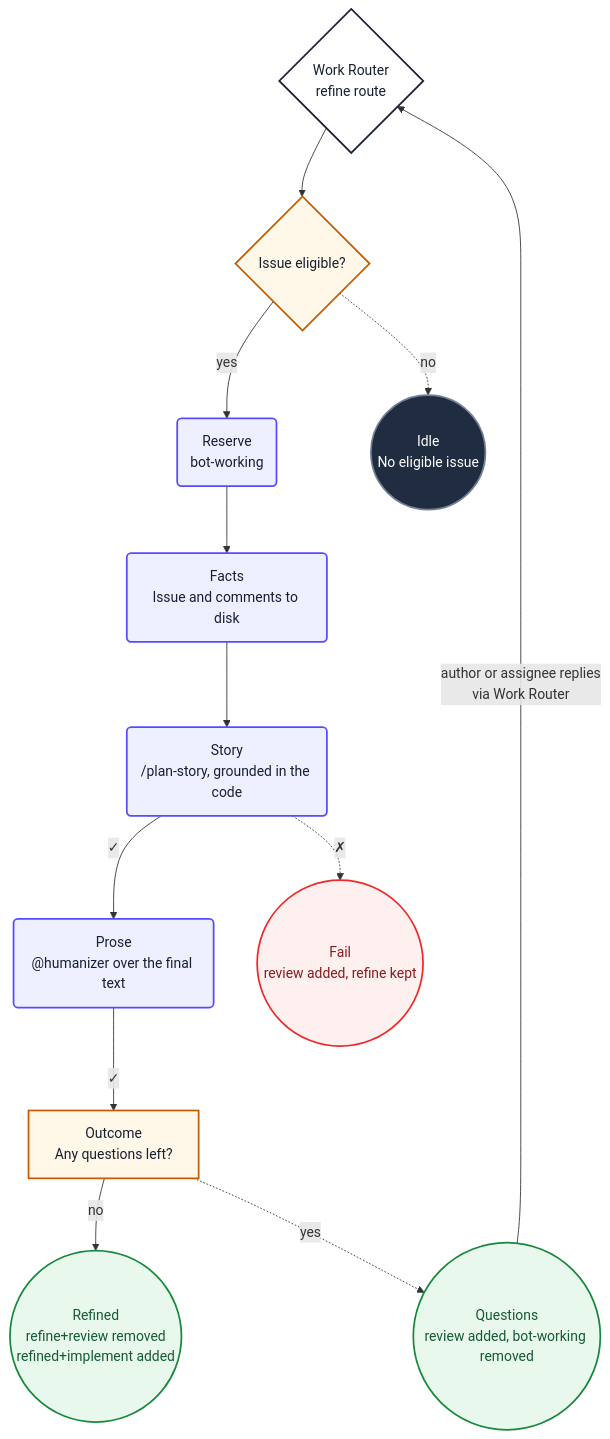
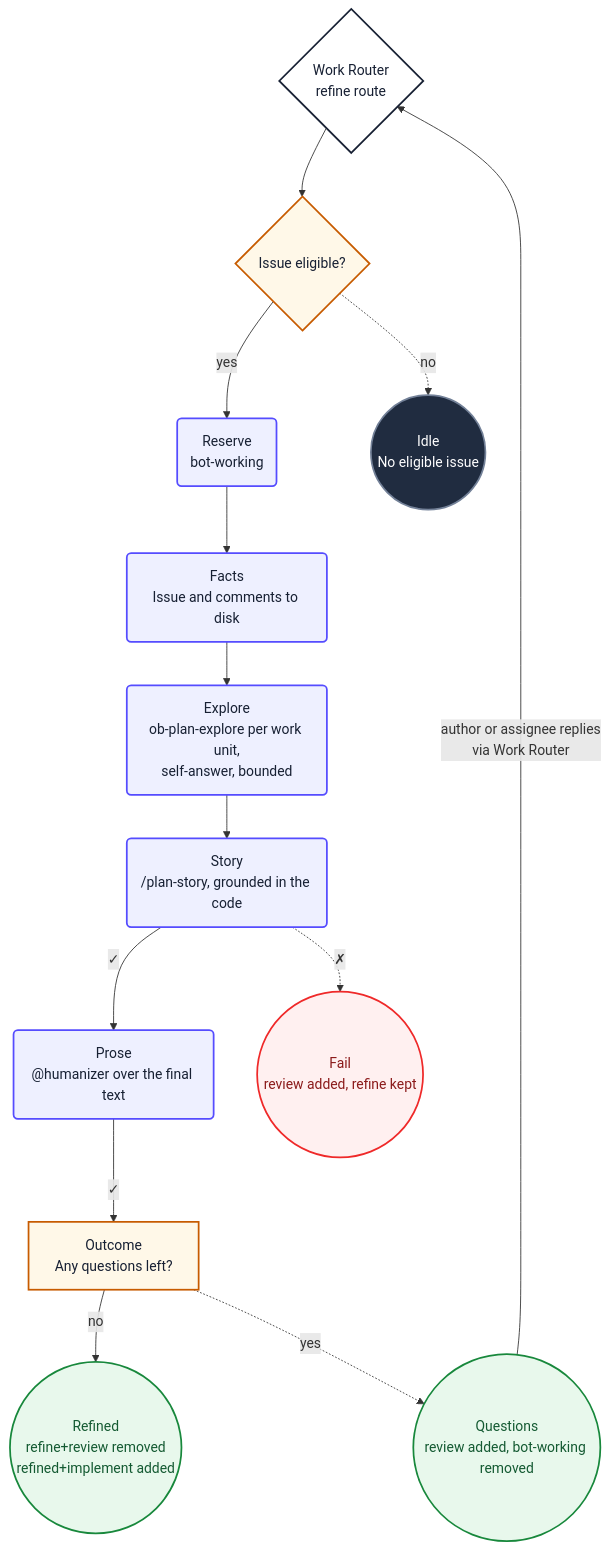
One commit to PlainConceptsPlatform/Agentic-Workflows changed the diagram in loops/workflows/agent-refine.md. Above: the diagram before and after it, drawn with Mermaid. The commit also changed other lines of this file, not shown here.

First line of the commit message:
feat(agent-refine): add bounded explore phase before story-writing

````diff
--- a/loops/workflows/agent-refine.md
+++ b/loops/workflows/agent-refine.md
@@ -307,32 +337,33 @@
 ```mermaid
 flowchart TD
     refStart{"Work Router<br/>refine route"} --> refPick
     refPick{"Issue eligible?"} -->|yes| refReserve
     refPick -.->|no| refIdle
     refReserve("Reserve<br/>bot-working") --> refFacts
-    refFacts("Facts<br/>Issue and comments to disk") --> refStory
+    refFacts("Facts<br/>Issue and comments to disk") --> refExplore
+    refExplore("Explore<br/>ob-plan-explore per work unit,<br/>self-answer, bounded") --> refStory
     refStory("Story<br/>/plan-story, grounded in the code") -->|✓| refProse
     refStory -.->|✗| refFail
     refProse("Prose<br/>@humanizer over the final text") -->|✓| refOutcome
     refOutcome["Outcome<br/>Any questions left?"] -->|no| refDone
     refOutcome -.->|yes| refAsk
     refDone(("Refined<br/>refine+review removed<br/>refined+implement added"))
     refAsk(("Questions<br/>review added, bot-working removed"))
     refAsk -->|author or assignee replies<br/>via Work Router| refStart
     refIdle(("Idle<br/>No eligible issue"))
     refFail(("Fail<br/>review added, refine kept"))
 
     classDef start fill:#ffffff,stroke:#172033,stroke-width:2px,color:#172033
     classDef action fill:#eef0ff,stroke:#554cff,stroke-width:2px,color:#172033
     classDef decision fill:#fff8e8,stroke:#c75b00,stroke-width:2px,color:#172033
     classDef idle fill:#202c40,stroke:#738198,stroke-width:2px,color:#ffffff
     classDef failure fill:#fff0f0,stroke:#ef2929,stroke-width:2px,color:#8b1a1a
     classDef success fill:#e8f8ec,stroke:#18883c,stroke-width:2px,color:#145a32
 
     class refStart start
-    class refReserve,refFacts,refStory,refProse action
+    class refReserve,refFacts,refExplore,refStory,refProse action
     class refPick,refOutcome decision
     class refIdle idle
     class refFail failure
     class refDone,refAsk success
 ```
````
